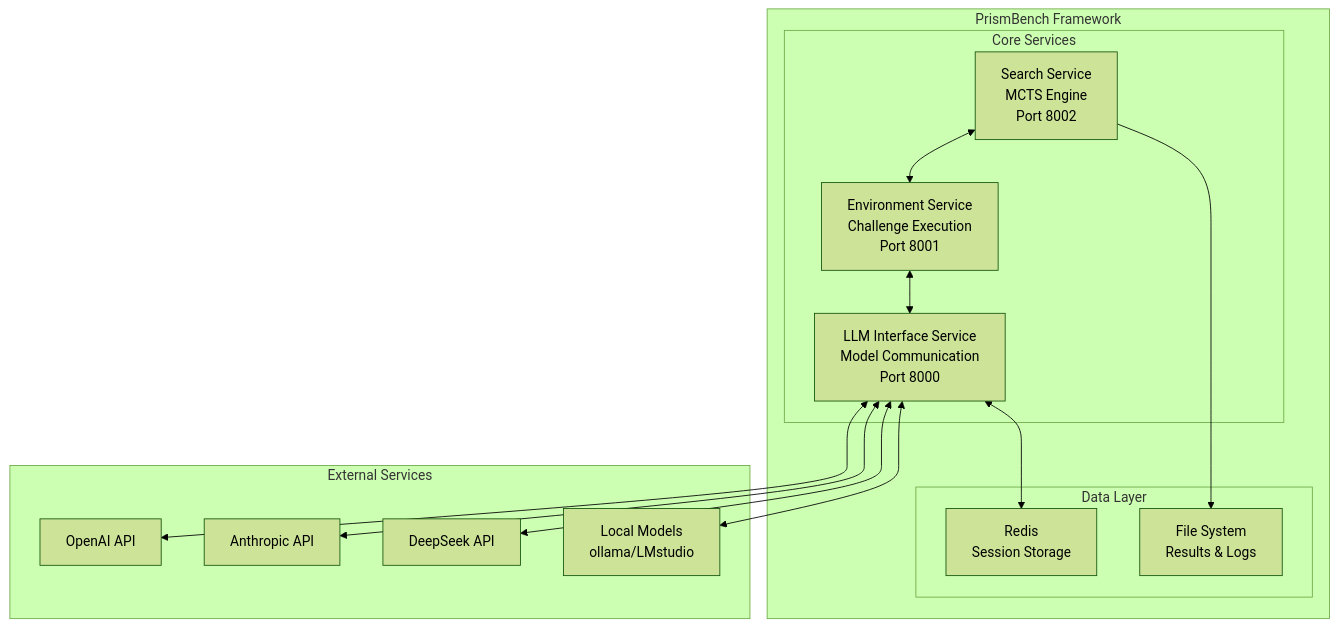
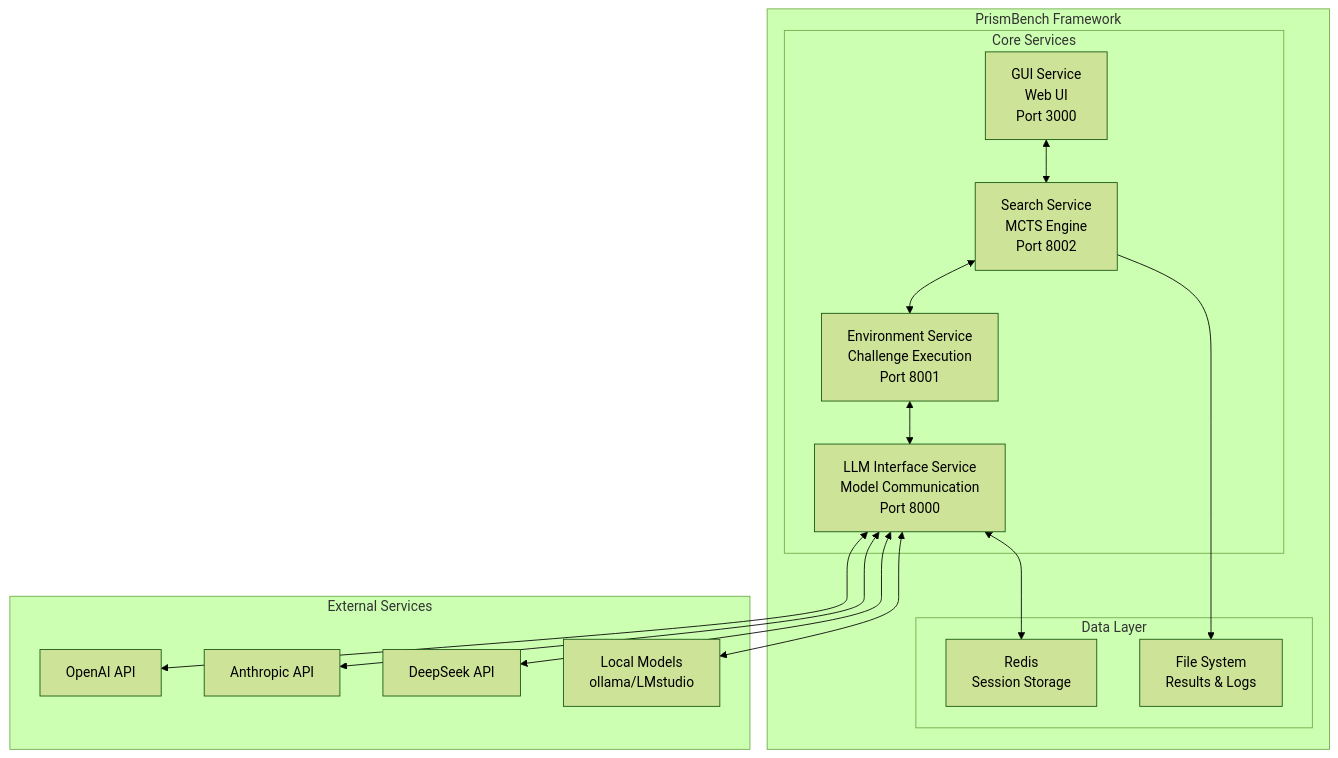
Before and after one commit to CommissarSilver/PrismBench: the first of 4 diagrams in docs/Architecture-Overview.md, drawn with Mermaid (forest theme). The commit also changed other lines of this file and 15 other files, not shown here.

````diff
--- a/docs/Architecture-Overview.md
+++ b/docs/Architecture-Overview.md
@@ -11,32 +11,34 @@
 ```mermaid
 graph TB
     subgraph "PrismBench Framework"
         subgraph "Core Services"
-            Search[Search Service<br/> MCTS Engine<br/>Port 8002]
-            Environment[Environment Service<br/> Challenge Execution<br/>Port 8001]
-            LLM[LLM Interface Service<br/> Model Communication<br/>Port 8000]
+            GUI[GUI Service<br/>Web UI<br/>Port 3000]
+            Search[Search Service<br/>MCTS Engine<br/>Port 8002]
+            Environment[Environment Service<br/>Challenge Execution<br/>Port 8001]
+            LLM[LLM Interface Service<br/>Model Communication<br/>Port 8000]
         end
         
         subgraph "Data Layer"
             Redis[Redis<br/> Session Storage]
             FileSystem[File System<br/> Results & Logs]
         end
         
+        GUI <--> Search
         Search <--> Environment
         Environment <--> LLM
         LLM <--> Redis
         Search --> FileSystem
     end
     
     subgraph "External Services"
         OpenAI[OpenAI API]
         Anthropic[Anthropic API]
         DeepSeek[DeepSeek API]
         Local[Local Models<br/>ollama/LMstudio]
     end
     
     LLM <--> OpenAI
     LLM <--> Anthropic
     LLM <--> DeepSeek
     LLM <--> Local
 ```
````
